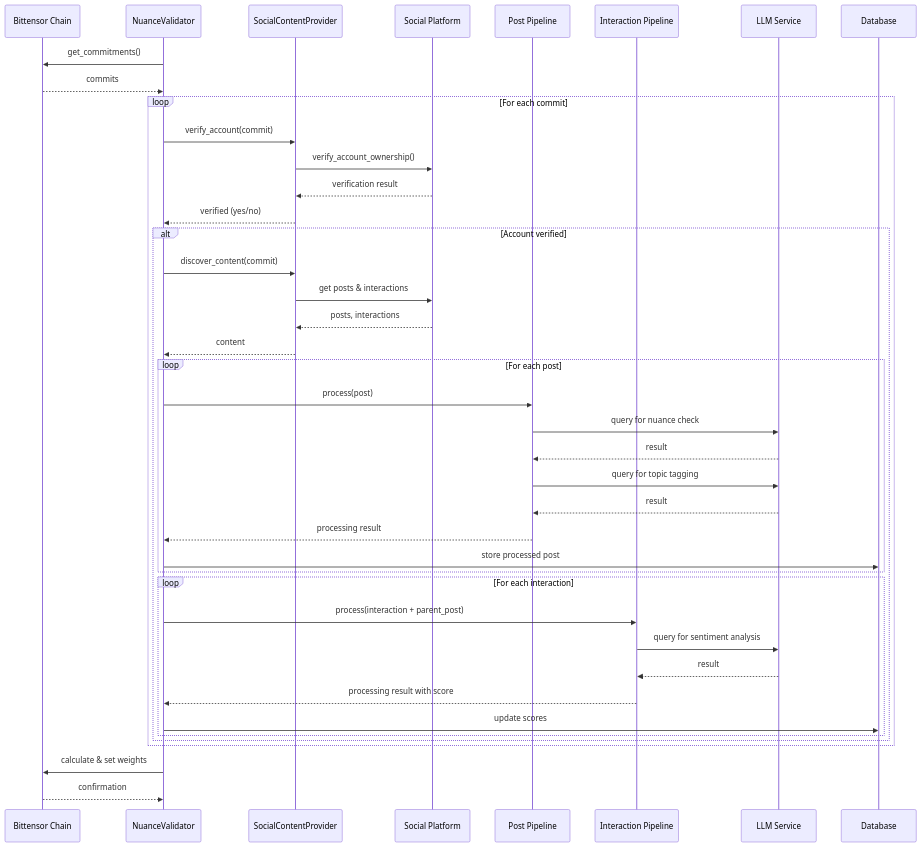
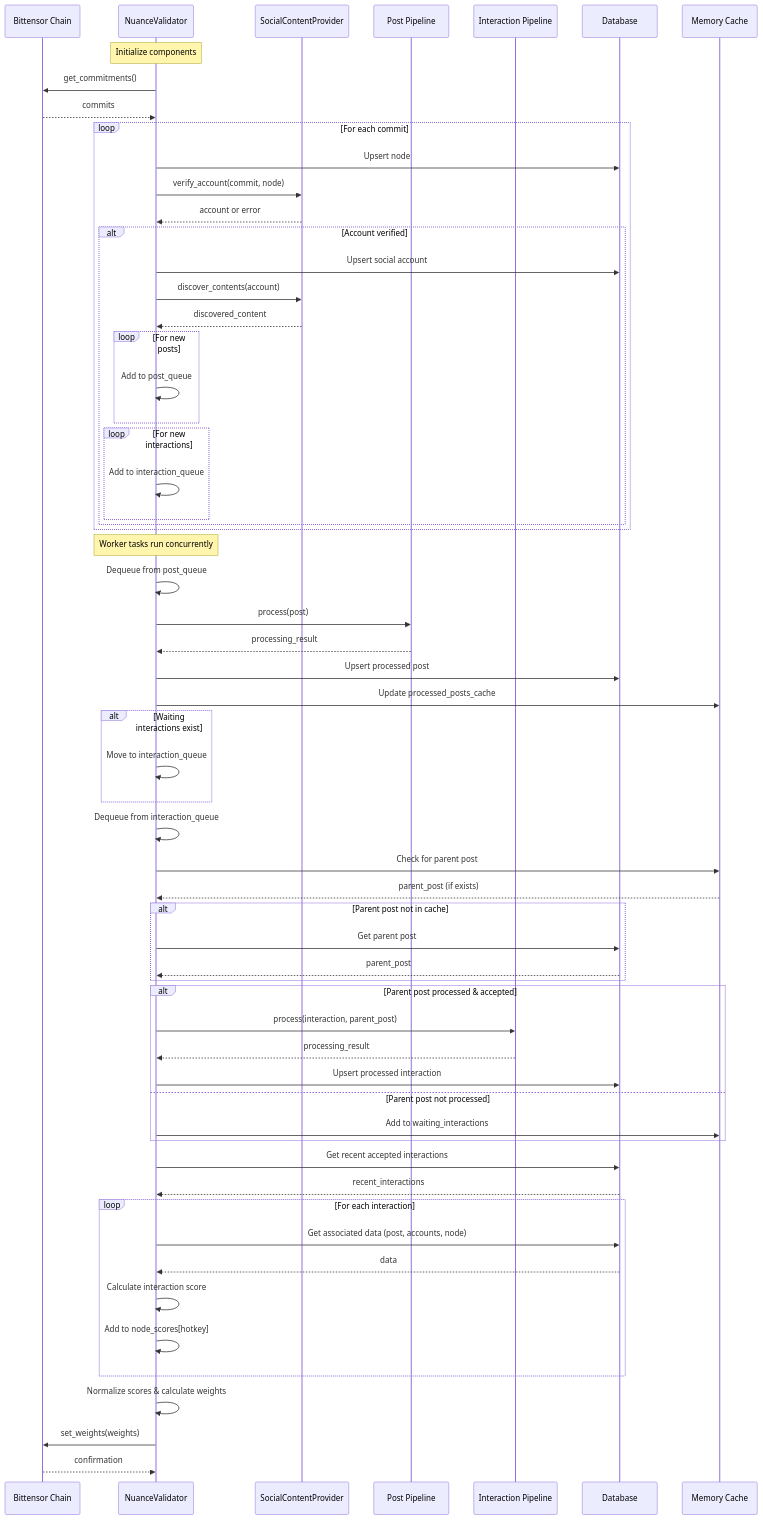
The diagram in docs/dev/processing_flow.md (NuanceNetwork/Nuance), drawn with Mermaid before and after one commit. The commit also changed 20 other files, not shown here.

````diff
--- a/docs/dev/processing_flow.md
+++ b/docs/dev/processing_flow.md
@@ -1,49 +1,82 @@
 ```mermaid
 sequenceDiagram
     participant Chain as Bittensor Chain
     participant Validator as NuanceValidator
     participant SCP as SocialContentProvider
-    participant Platform as Social Platform
     participant PP as Post Pipeline
     participant IP as Interaction Pipeline
-    participant LLM as LLM Service
     participant DB as Database
+    participant Cache as Memory Cache
     
+    Note over Validator: Initialize components
+    
+    %% Content Discovery
     Validator->>Chain: get_commitments()
     Chain-->>Validator: commits
     
     loop For each commit
-        Validator->>SCP: verify_account(commit)
-        SCP->>Platform: verify_account_ownership()
-        Platform-->>SCP: verification result
-        SCP-->>Validator: verified (yes/no)
+        Validator->>DB: Upsert node
+        Validator->>SCP: verify_account(commit, node)
+        SCP-->>Validator: account or error
         
         alt Account verified
-            Validator->>SCP: discover_content(commit)
-            SCP->>Platform: get posts & interactions
-            Platform-->>SCP: posts, interactions
-            SCP-->>Validator: content
+            Validator->>DB: Upsert social account
+            Validator->>SCP: discover_contents(account)
+            SCP-->>Validator: discovered_content
             
-            loop For each post
-                Validator->>PP: process(post)
-                PP->>LLM: query for nuance check
-                LLM-->>PP: result
-                PP->>LLM: query for topic tagging
-                LLM-->>PP: result
-                PP-->>Validator: processing result
-                Validator->>DB: store processed post
+            loop For new posts
+                Validator->>Validator: Add to post_queue
             end
             
-            loop For each interaction
-                Validator->>IP: process(interaction + parent_post)
-                IP->>LLM: query for sentiment analysis
-                LLM-->>IP: result
-                IP-->>Validator: processing result with score
-                Validator->>DB: update scores
+            loop For new interactions
+                Validator->>Validator: Add to interaction_queue
             end
         end
     end
     
-    Validator->>Chain: calculate & set weights
+    Note over Validator: Worker tasks run concurrently
+    
+    %% Post Processing
+    Validator->>Validator: Dequeue from post_queue
+    Validator->>PP: process(post)
+    PP-->>Validator: processing_result
+    Validator->>DB: Upsert processed post
+    Validator->>Cache: Update processed_posts_cache
+    
+    alt Waiting interactions exist
+        Validator->>Validator: Move to interaction_queue
+    end
+    
+    %% Interaction Processing
+    Validator->>Validator: Dequeue from interaction_queue
+    Validator->>Cache: Check for parent post
+    Cache-->>Validator: parent_post (if exists)
+    
+    alt Parent post not in cache
+        Validator->>DB: Get parent post
+        DB-->>Validator: parent_post
+    end
+    
+    alt Parent post processed & accepted
+        Validator->>IP: process(interaction, parent_post)
+        IP-->>Validator: processing_result
+        Validator->>DB: Upsert processed interaction
+    else Parent post not processed
+        Validator->>Cache: Add to waiting_interactions
+    end
+    
+    %% Score Aggregation
+    Validator->>DB: Get recent accepted interactions
+    DB-->>Validator: recent_interactions
+    
+    loop For each interaction
+        Validator->>DB: Get associated data (post, accounts, node)
+        DB-->>Validator: data
+        Validator->>Validator: Calculate interaction score
+        Validator->>Validator: Add to node_scores[hotkey]
+    end
+    
+    Validator->>Validator: Normalize scores & calculate weights
+    Validator->>Chain: set_weights(weights)
     Chain-->>Validator: confirmation
 ```
````
